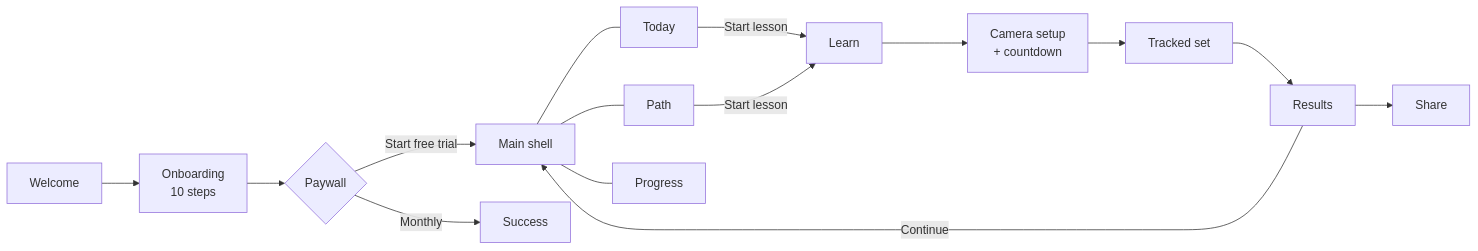
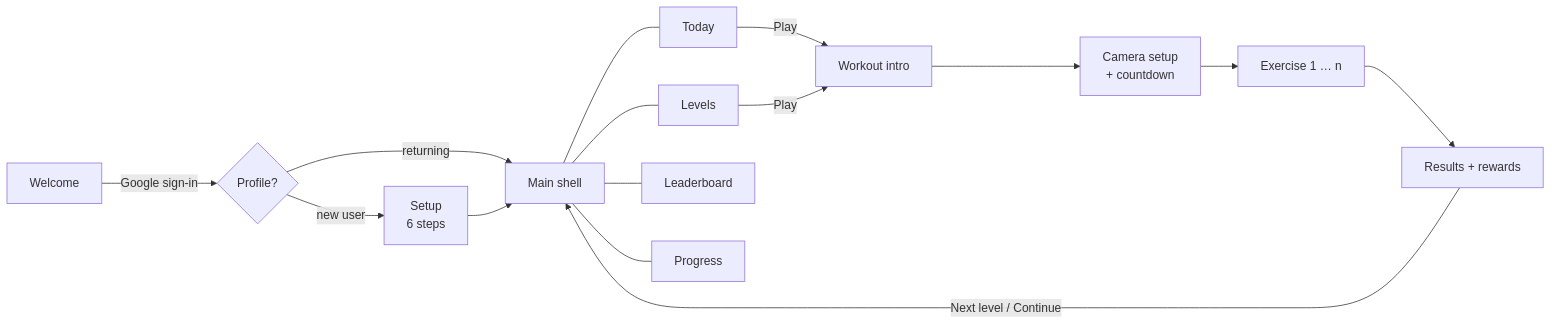
One commit to ankitpokhrel08/TOFU changed the diagram in README.md. Above: the diagram before and after it, drawn with Mermaid. The commit also changed other lines of this file and 12 other files, not shown here.

````diff
--- a/README.md
+++ b/README.md
@@ -79,16 +87,16 @@
 ```mermaid
 flowchart LR
-    A[Welcome] --> B[Onboarding<br/>10 steps]
-    B --> C{Paywall}
-    C -- "Start free trial" --> D[Main shell]
-    C -- "Monthly" --> E[Success]
+    A[Welcome] -- "Google sign-in" --> B{Profile?}
+    B -- "new user" --> C[Setup<br/>6 steps]
+    B -- "returning" --> D[Main shell]
+    C --> D
     D --- T1[Today]
-    D --- T2[Path]
-    D --- T3[Progress]
-    T1 & T2 -- "Start lesson" --> L[Learn]
+    D --- T2[Levels]
+    D --- T3[Leaderboard]
+    D --- T4[Progress]
+    T1 & T2 -- "Play" --> L[Workout intro]
     L --> K[Camera setup<br/>+ countdown]
-    K --> W[Tracked set]
-    W --> R[Results]
-    R --> S[Share]
-    R -- "Continue" --> D
+    K --> W[Exercise 1 … n]
+    W --> R[Results + rewards]
+    R -- "Next level / Continue" --> D
 ```
````
